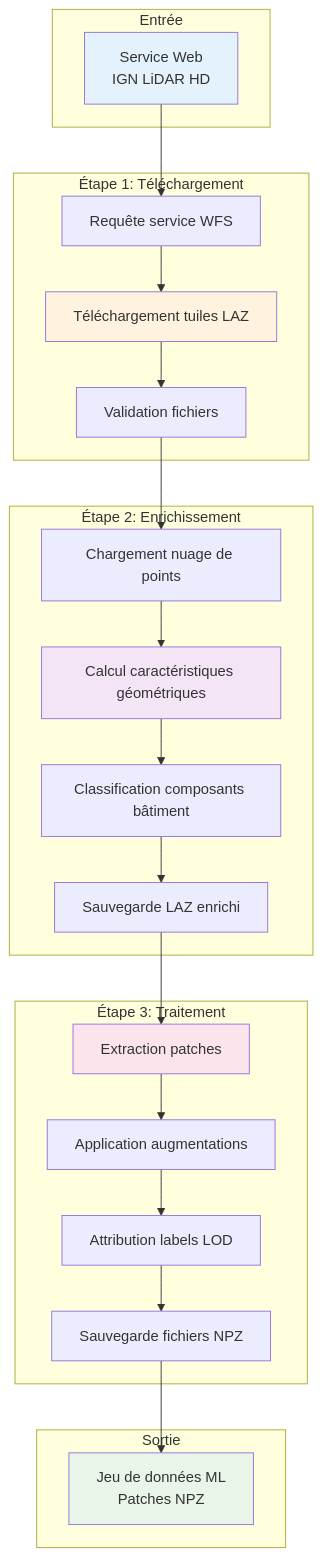
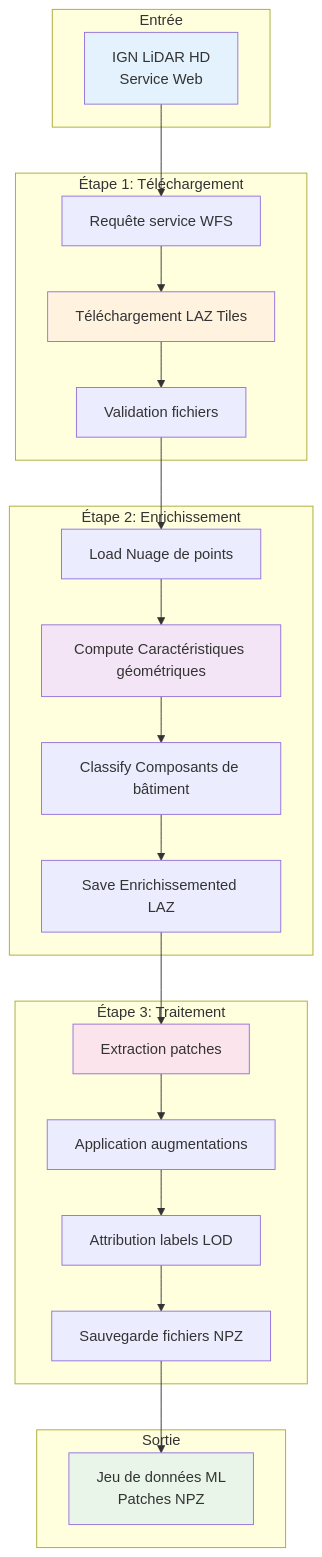
The first of 2 diagrams in website/i18n/fr/docusaurus-plugin-content-docs/current/guides/basic-usage.md (sducournau/IGN_LIDAR_HD_DATASET), drawn with Mermaid before and after one commit. The commit also changed other lines of this file and 42 other files, not shown here.

````diff
--- a/website/i18n/fr/docusaurus-plugin-content-docs/current/guides/basic-usage.md
+++ b/website/i18n/fr/docusaurus-plugin-content-docs/current/guides/basic-usage.md
@@ -20,49 +22,49 @@
 ```mermaid
 flowchart TD
     subgraph "Entrée"
-        IGN[Service Web<br/>IGN LiDAR HD]
+        IGN[IGN LiDAR HD<br/>Service Web]
     end
 
     subgraph "Étape 1: Téléchargement"
         D1[Requête service WFS]
-        D2[Téléchargement tuiles LAZ]
+        D2[Téléchargement LAZ Tiles]
         D3[Validation fichiers]
     end
 
     subgraph "Étape 2: Enrichissement"
-        E1[Chargement nuage de points]
-        E2[Calcul caractéristiques géométriques]
-        E3[Classification composants bâtiment]
-        E4[Sauvegarde LAZ enrichi]
+        E1[Load Nuage de points]
+        E2[Compute Caractéristiques géométriques]
+        E3[Classify Composants de bâtiment]
+        E4[Save Enrichissemented LAZ]
     end
 
     subgraph "Étape 3: Traitement"
         P1[Extraction patches]
         P2[Application augmentations]
         P3[Attribution labels LOD]
         P4[Sauvegarde fichiers NPZ]
     end
 
     subgraph "Sortie"
         ML[Jeu de données ML<br/>Patches NPZ]
     end
 
     IGN --> D1
     D1 --> D2
     D2 --> D3
     D3 --> E1
     E1 --> E2
     E2 --> E3
     E3 --> E4
     E4 --> P1
     P1 --> P2
     P2 --> P3
     P3 --> P4
     P4 --> ML
 
     style IGN fill:#e3f2fd
     style ML fill:#e8f5e8
     style D2 fill:#fff3e0
     style E2 fill:#f3e5f5
     style P1 fill:#fce4ec
 ```
````
